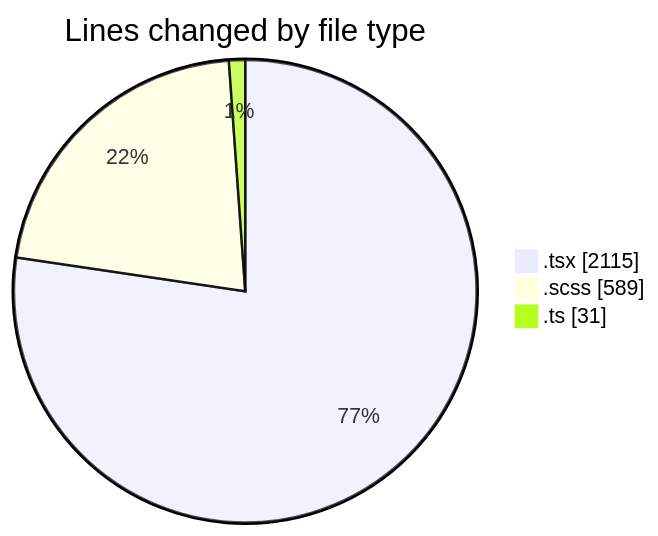
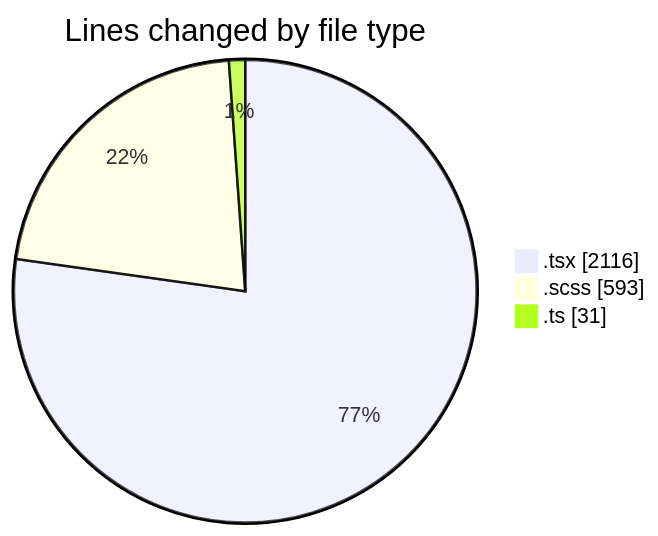
Before and after one commit to momahboobian/code-tracking: the first of 2 diagrams in 2025-04-07/cda/README.md, drawn with Mermaid. The commit also changed other lines of this file and 1 other file, not shown here.

````diff
--- a/2025-04-07/cda/README.md
+++ b/2025-04-07/cda/README.md
@@ -30,7 +30,7 @@
 ```mermaid
 pie showData
 title Lines changed by file type
-".tsx" : 2115
-".scss" : 589
+".tsx" : 2116
+".scss" : 593
 ".ts" : 31
 ```
````
